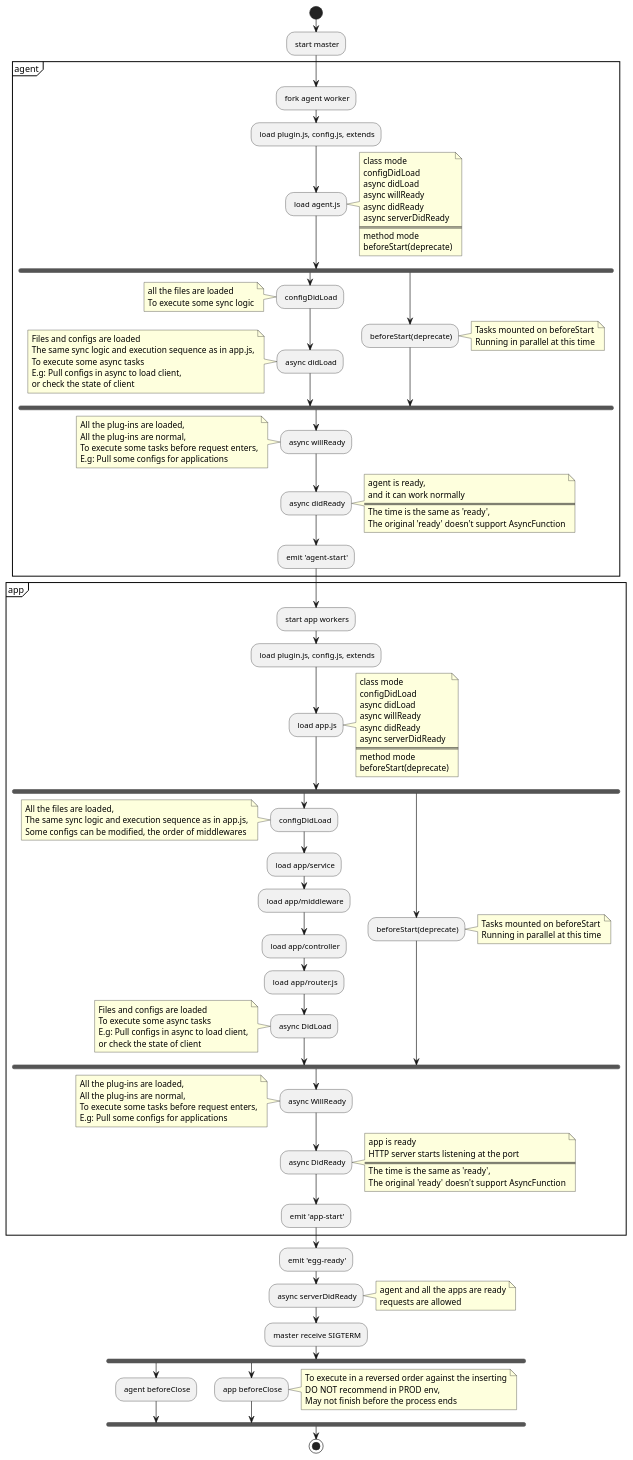
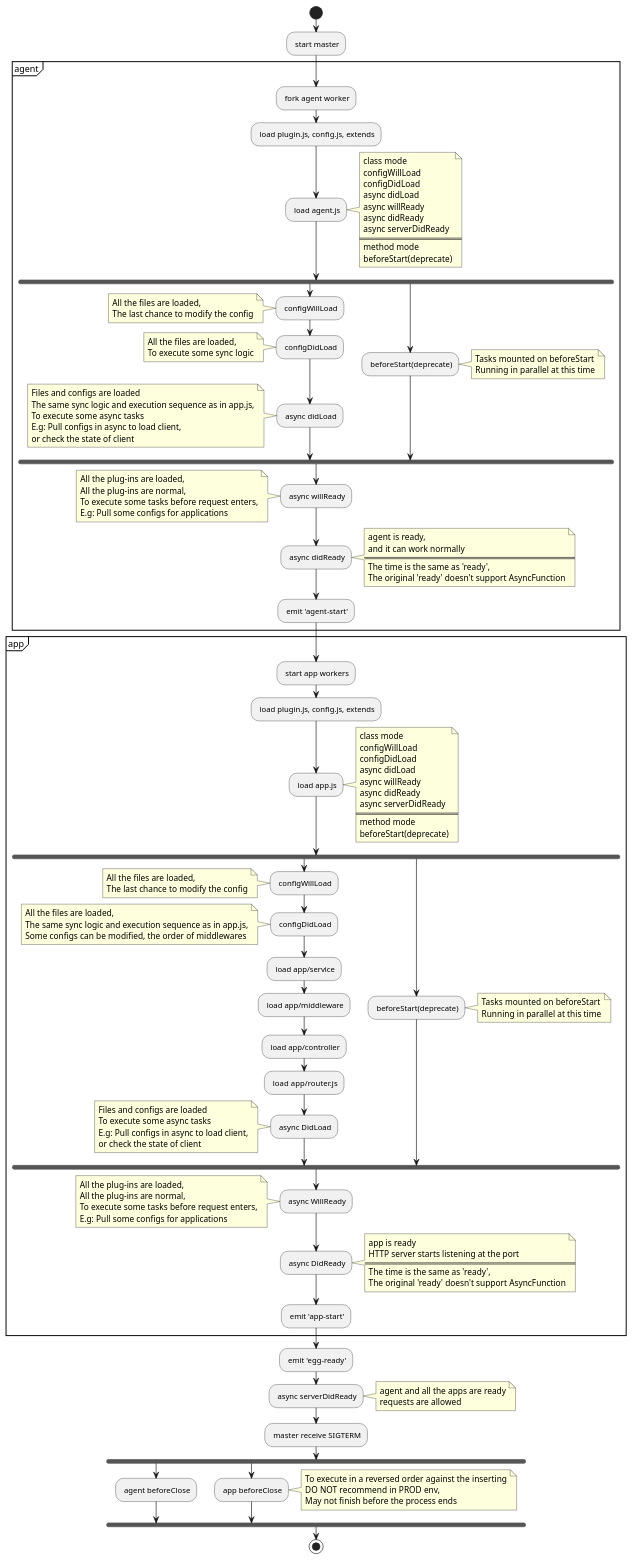
The diagram in docs/assets/lifecycle_en.puml (eggjs/egg), drawn with PlantUML before and after one commit. The commit also changed 3 other files, not shown here.

First line of the commit message:
docs: add configWillLoad to lifecycle (#3101)

```diff
--- a/docs/assets/lifecycle_en.puml
+++ b/docs/assets/lifecycle_en.puml
@@ -1,132 +1,144 @@
 @startuml
 start
 : start master;
 partition agent {
   : fork agent worker;
   : load plugin.js, config.js, extends;
   : load agent.js;
   note right
     class mode
+    configWillLoad
     configDidLoad
     async didLoad
     async willReady
     async didReady
     async serverDidReady
     ====
     method mode
     beforeStart(deprecate)
   end note
   fork
+  : configWillLoad;
+  note left
+    All the files are loaded,
+    The last chance to modify the config
+  end note
   : configDidLoad;
   note left
-    all the files are loaded
+    All the files are loaded,
     To execute some sync logic
   end note
   : async didLoad;
   note left
     Files and configs are loaded
     The same sync logic and execution sequence as in app.js,
     To execute some async tasks
     E.g: Pull configs in async to load client,
     or check the state of client
   end note
   fork again
     : beforeStart(deprecate);
     note right
       Tasks mounted on beforeStart
       Running in parallel at this time
     end note
   endfork
   : async willReady;
   note left
     All the plug-ins are loaded,
     All the plug-ins are normal,
     To execute some tasks before request enters,
     E.g: Pull some configs for applications
   end note
   : async didReady;
   note right
     agent is ready,
     and it can work normally
     ====
     The time is the same as 'ready',
     The original 'ready' doesn't support AsyncFunction
   end note
   : emit 'agent-start';
 }
 partition app {
   : start app workers;
   : load plugin.js, config.js, extends;
   : load app.js;
   note right
     class mode
+    configWillLoad
     configDidLoad
     async didLoad
     async willReady
     async didReady
     async serverDidReady
     ====
     method mode
     beforeStart(deprecate)
   end note
   fork
+    : configWillLoad;
+    note left
+      All the files are loaded,
+      The last chance to modify the config
+    end note
     : configDidLoad;
     note left
       All the files are loaded,
       The same sync logic and execution sequence as in app.js,
       Some configs can be modified, the order of middlewares
     end note
     : load app/service;
     : load app/middleware;
     : load app/controller;
     : load app/router.js;
     : async DidLoad;
   note left
     Files and configs are loaded
     To execute some async tasks
     E.g: Pull configs in async to load client,
     or check the state of client
   end note
   fork again
     : beforeStart(deprecate);
     note right
       Tasks mounted on beforeStart
       Running in parallel at this time
     end note
   end fork
     : async WillReady;
   note left
     All the plug-ins are loaded,
     All the plug-ins are normal,
     To execute some tasks before request enters,
     E.g: Pull some configs for applications
   end note
   : async DidReady;
   note right
     app is ready
     HTTP server starts listening at the port
     ====
     The time is the same as 'ready',
     The original 'ready' doesn't support AsyncFunction
   end note
   : emit 'app-start';
 }
 : emit 'egg-ready';
 : async serverDidReady;
 note right
   agent and all the apps are ready
   requests are allowed
 end note
 : master receive SIGTERM;
 fork
 : agent beforeClose;
 fork again
 : app beforeClose;
 note right
   To execute in a reversed order against the inserting
   DO NOT recommend in PROD env,
   May not finish before the process ends
 end note
 endfork
 stop
 @enduml
```
